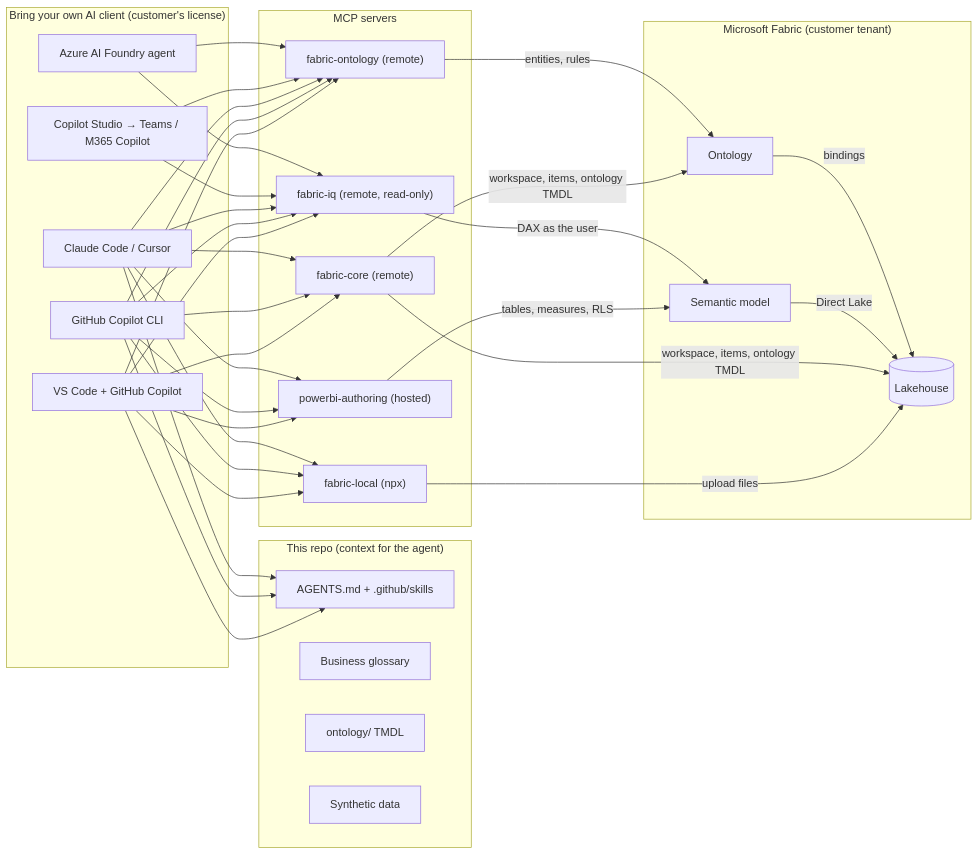
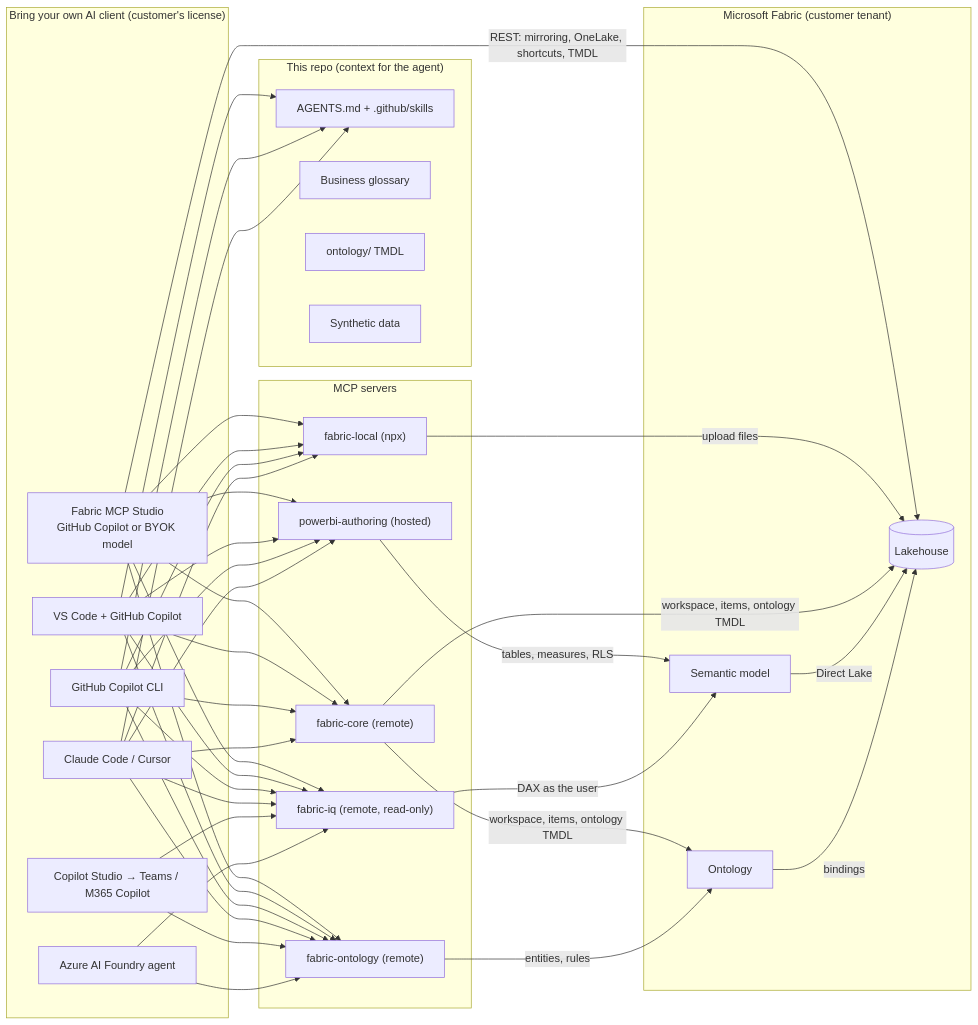
One commit to LuchoBorbon76/Fabric-MCP-Studio changed the diagram in docs/architecture.md. Above: the diagram before and after it, drawn with Mermaid. The commit also changed other lines of this file and 59 other files, not shown here.

First line of the commit message:
Add Fabric MCP Studio: interactive app to build Fabric data foundations with your own Copilot

````diff
--- a/docs/architecture.md
+++ b/docs/architecture.md
@@ -3,43 +3,46 @@
 ```mermaid
 flowchart LR
     subgraph Clients["Bring your own AI client (customer's license)"]
+        ST["Fabric MCP Studio<br/>GitHub Copilot or BYOK model"]
         VS["VS Code + GitHub Copilot"]
         CLI["GitHub Copilot CLI"]
         CC["Claude Code / Cursor"]
         CS["Copilot Studio → Teams / M365 Copilot"]
         AF["Azure AI Foundry agent"]
     end
 
     subgraph Repo["This repo (context for the agent)"]
         AG["AGENTS.md + .github/skills"]
         GL["Business glossary"]
         ONT["ontology/ TMDL"]
         DATA["Synthetic data"]
     end
 
     subgraph MCP["MCP servers"]
         CORE["fabric-core (remote)"]
         LOCAL["fabric-local (npx)"]
         PBI["powerbi-authoring (hosted)"]
         IQ["fabric-iq (remote, read-only)"]
         ONTO["fabric-ontology (remote)"]
     end
 
     subgraph Fabric["Microsoft Fabric (customer tenant)"]
         LH[("Lakehouse")]
         SM["Semantic model"]
         OI["Ontology"]
     end
 
+    ST --> CORE & PBI & IQ & ONTO & LOCAL
+    ST -- "REST: mirroring, OneLake, shortcuts, TMDL" --> LH
     VS & CLI & CC --> AG
     VS & CLI & CC --> CORE & LOCAL & PBI & IQ & ONTO
     CS & AF --> IQ & ONTO
 
     LOCAL -- "upload files" --> LH
     CORE -- "workspace, items, ontology TMDL" --> LH & OI
     PBI -- "tables, measures, RLS" --> SM
     IQ -- "DAX as the user" --> SM
     ONTO -- "entities, rules" --> OI
     SM -- "Direct Lake" --> LH
     OI -- "bindings" --> LH
 ```
````
